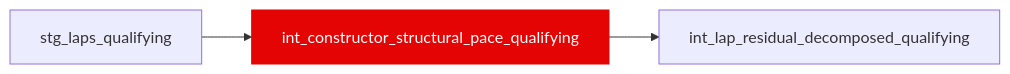
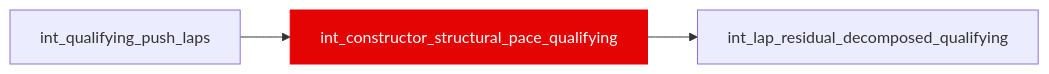
One commit to JustinClarke/off-the-pace changed the diagram in docs/reference/models/int/int_constructor_structural_pace_qualifying.mdx. Above: the diagram before and after it, drawn with Mermaid. The commit also changed other lines of this file and 89 other files, not shown here.

````diff
--- a/docs/reference/models/int/int_constructor_structural_pace_qualifying.mdx
+++ b/docs/reference/models/int/int_constructor_structural_pace_qualifying.mdx
@@ -15,6 +15,6 @@
 ```mermaid
 flowchart LR
-  stg_laps_qualifying --> int_constructor_structural_pace_qualifying
+  int_qualifying_push_laps --> int_constructor_structural_pace_qualifying
   int_constructor_structural_pace_qualifying --> int_lap_residual_decomposed_qualifying
   style int_constructor_structural_pace_qualifying fill:#e40404,stroke:#e40404,color:#fff
 ```
````
